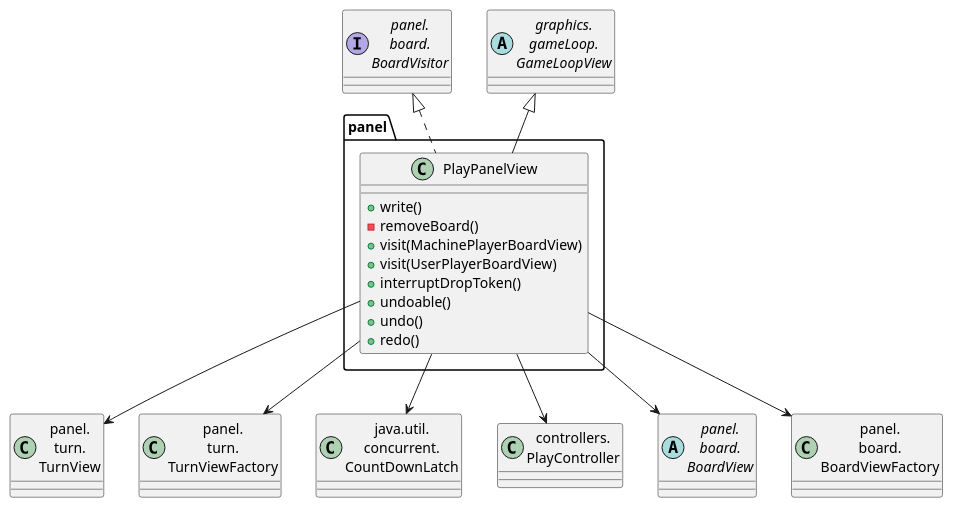
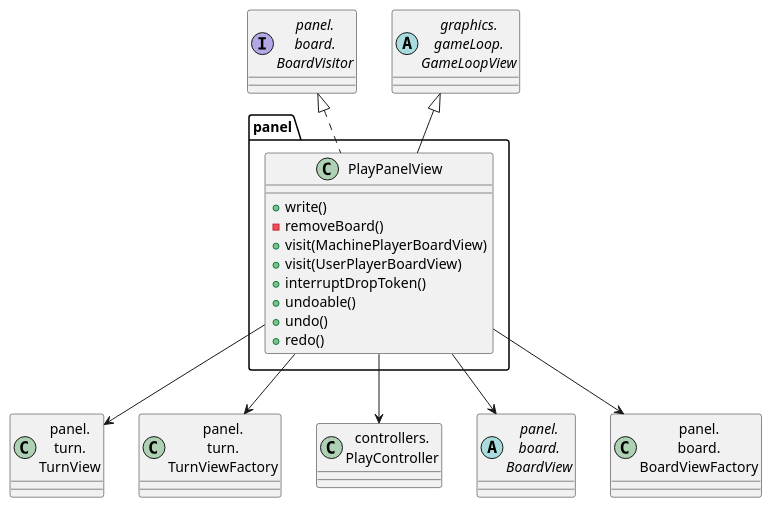
The diagram in connect4/Docs/diagrams/src/packages/connect4.connect4.views.graphics.gameLoop.play.panel.plantuml (js-rom/connect4), drawn with PlantUML before and after one commit. The commit also changed 5 other files, not shown here.

```diff
--- a/connect4/Docs/diagrams/src/packages/connect4.connect4.views.graphics.gameLoop.play.panel.plantuml
+++ b/connect4/Docs/diagrams/src/packages/connect4.connect4.views.graphics.gameLoop.play.panel.plantuml
@@ -1,33 +1,31 @@
 @startuml connect4.connect4.views.graphics.play.panel
 
 interface BoardVisitor as "panel.\nboard.\nBoardVisitor"
 class TurnView as "panel.\nturn.\nTurnView"
 class TurnViewFactory as "panel.\nturn.\nTurnViewFactory"
 
 abstract class GameLoopView as "graphics.\ngameLoop.\nGameLoopView"
-class CountDownLatch as "java.util.\nconcurrent.\nCountDownLatch"
 class PlayController as "controllers.\nPlayController"
 abstract class BoardView as "panel.\nboard.\nBoardView"
 class BoardViewFactory as "panel.\nboard.\nBoardViewFactory"
 
 class panel.PlayPanelView{
     +write()
     -removeBoard()
     +visit(MachinePlayerBoardView)
     +visit(UserPlayerBoardView)
     +interruptDropToken()
     +undoable()
     +undo()
     +redo()
 }
 
 PlayPanelView --> PlayController
-PlayPanelView --> CountDownLatch
 GameLoopView <|-- PlayPanelView
 BoardVisitor <|.. PlayPanelView
 PlayPanelView --> BoardView
 PlayPanelView --> TurnView
 PlayPanelView --> TurnViewFactory
 PlayPanelView --> BoardViewFactory
 
 @enduml
```
